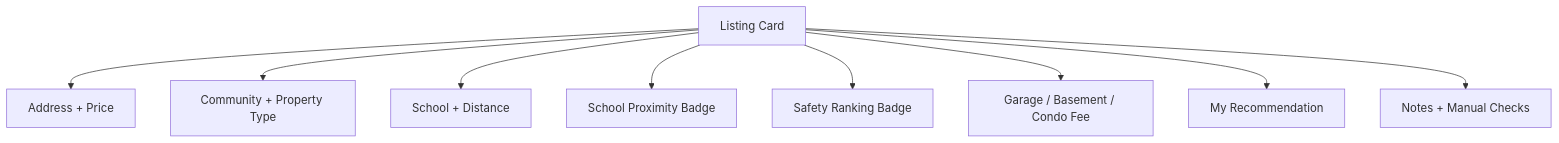
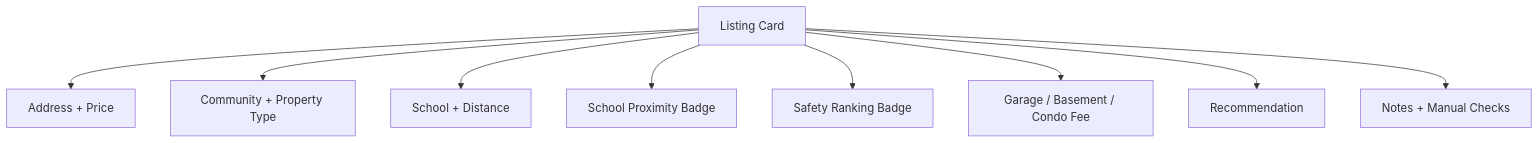
Before and after one commit to dsam05/Ottawa_Students_HomeHunter: the third of 8 diagrams in documentation.md, drawn with Mermaid. The commit also changed other lines of this file and 2 other files, not shown here.

````diff
--- a/documentation.md
+++ b/documentation.md
@@ -276,11 +276,11 @@
 ```mermaid
 flowchart TB
     Card["Listing Card"] --> A["Address + Price"]
     Card --> B["Community + Property Type"]
     Card --> C["School + Distance"]
     Card --> D["School Proximity Badge"]
     Card --> E["Safety Ranking Badge"]
     Card --> F["Garage / Basement / Condo Fee"]
-    Card --> G["My Recommendation"]
+    Card --> G["Recommendation"]
     Card --> H["Notes + Manual Checks"]
 ```
````
